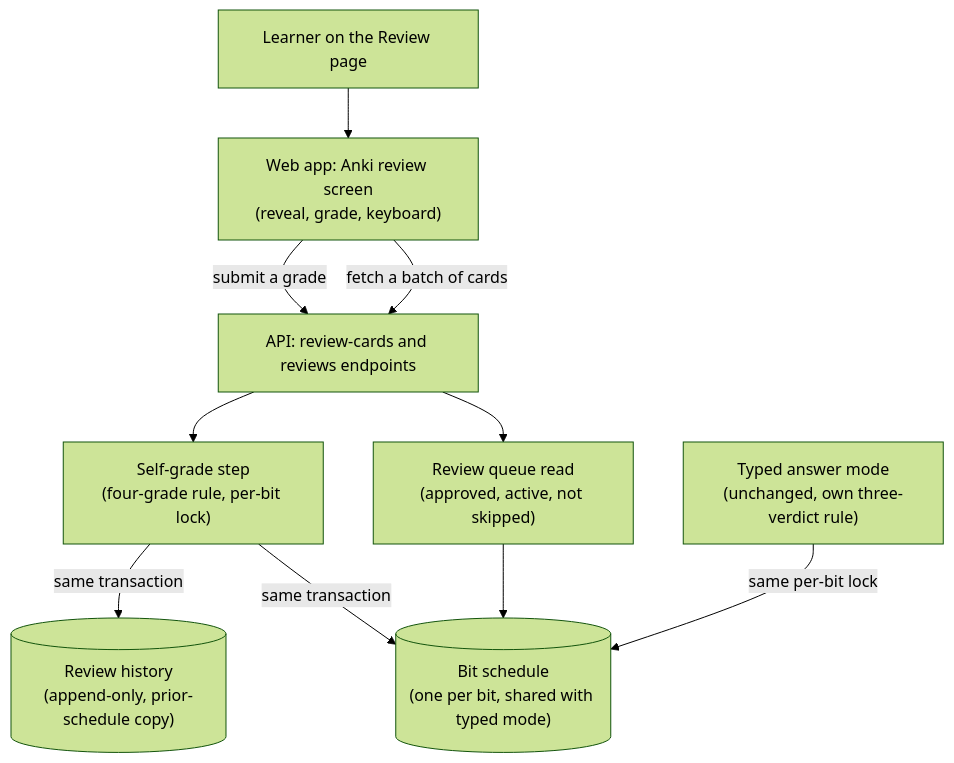
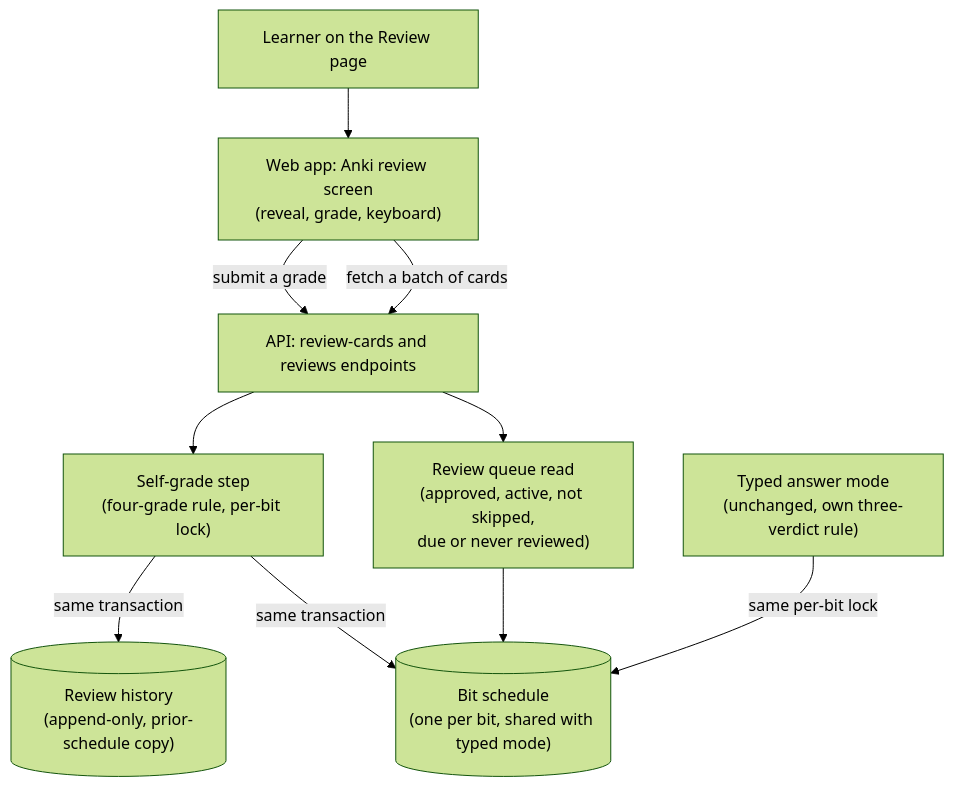
One commit to ikushlianski/post-anki changed the diagram in docs/architecture/knowledge-bit/anki-review.md. Above: the diagram before and after it, drawn with Mermaid (forest theme). The commit also changed other lines of this file and 19 other files, not shown here.

First line of the commit message:
Serve due cards with daily new-card cap in Anki review

````diff
--- a/docs/architecture/knowledge-bit/anki-review.md
+++ b/docs/architecture/knowledge-bit/anki-review.md
@@ -14,20 +14,20 @@
 ```mermaid
 flowchart TD
   learner["Learner on the Review page"]
   web["Web app: Anki review screen<br/>(reveal, grade, keyboard)"]
   api["API: review-cards and reviews endpoints"]
-  queue["Review queue read<br/>(approved, active, not skipped)"]
+  queue["Review queue read<br/>(approved, active, not skipped,<br/>due or never reviewed)"]
   grade["Self-grade step<br/>(four-grade rule, per-bit lock)"]
   sched[("Bit schedule<br/>(one per bit, shared with typed mode)")]
   log[("Review history<br/>(append-only, prior-schedule copy)")]
   typed["Typed answer mode<br/>(unchanged, own three-verdict rule)"]
   learner --> web
   web -->|"fetch a batch of cards"| api
   web -->|"submit a grade"| api
   api --> queue
   api --> grade
   queue --> sched
   grade -->|"same transaction"| sched
   grade -->|"same transaction"| log
   typed -->|"same per-bit lock"| sched
 ```
````
